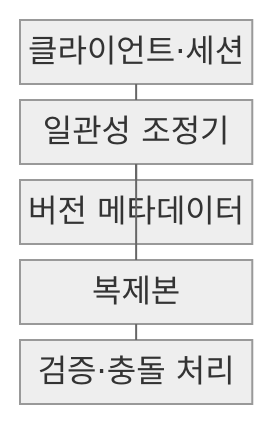
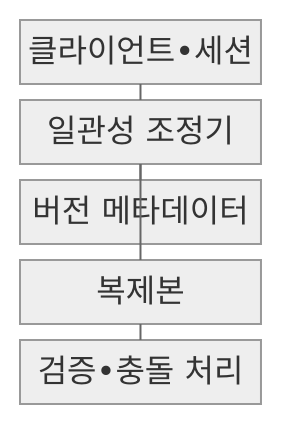
Before and after one commit to agnusdei1207/knowledge-base: the first of 2 diagrams in src/content/docs/notes/03-software/176_distributed_consistency_models.md, drawn with Mermaid (neutral theme). The commit also changed other lines of this file and 953 other files, not shown here.

````diff
--- a/src/content/docs/notes/03-software/176_distributed_consistency_models.md
+++ b/src/content/docs/notes/03-software/176_distributed_consistency_models.md
@@ -69,13 +69,13 @@
 ```mermaid
 block
     columns 1
-    A["클라이언트·세션"]
+    A["클라이언트•세션"]
     B["일관성 조정기"]
     C["버전 메타데이터"]
     D["복제본"]
-    E["검증·충돌 처리"]
+    E["검증•충돌 처리"]
     A --- B
     B --- C
     B --- D
     D --- E
 ```
````
